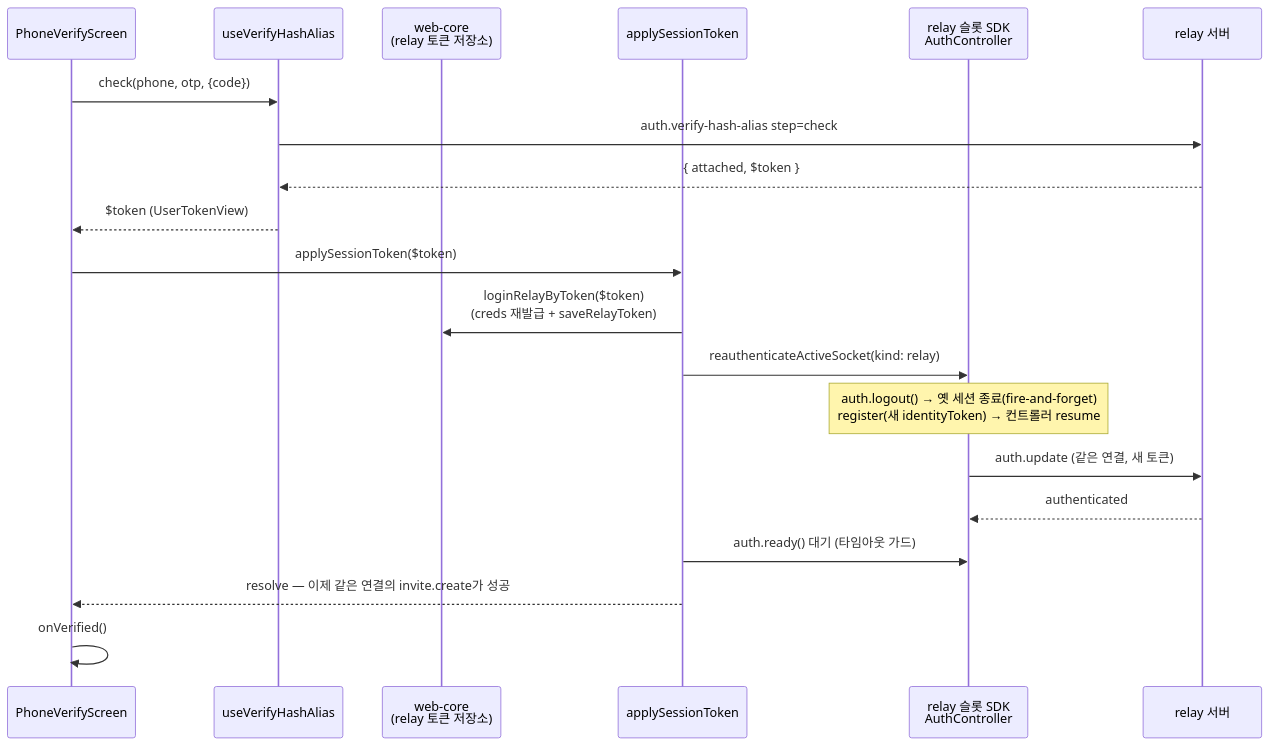
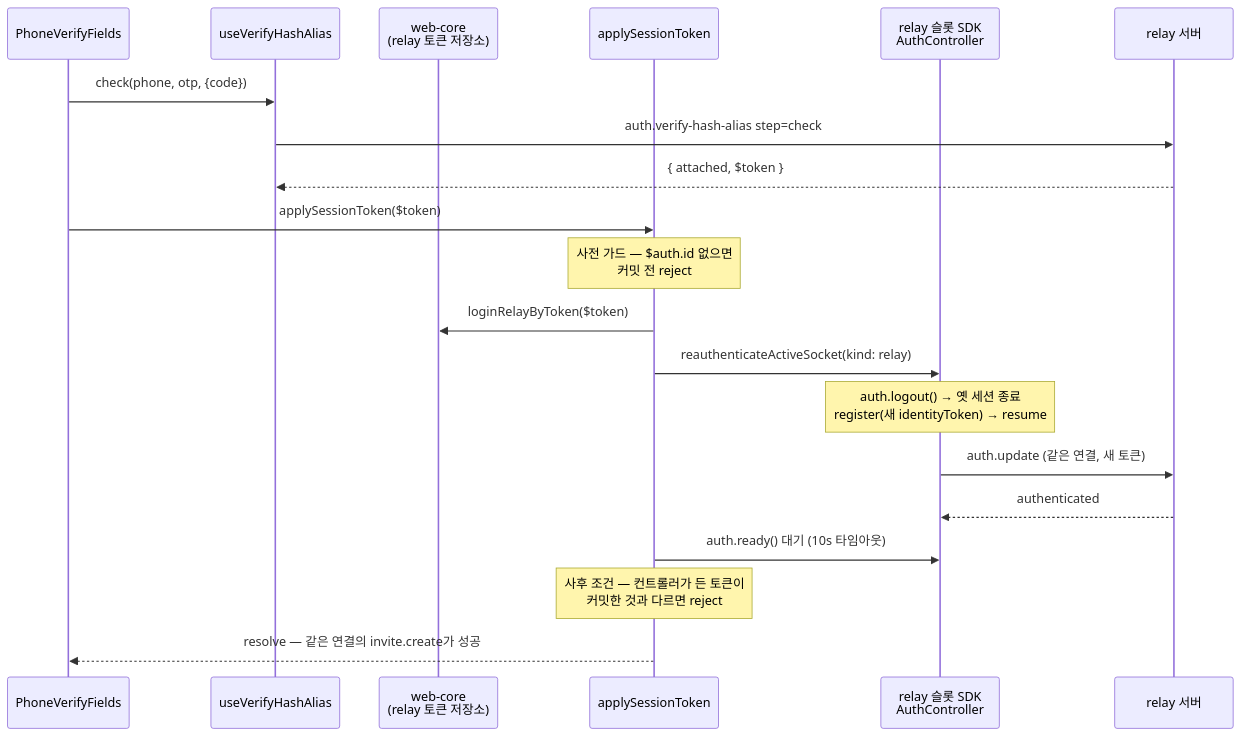
Before and after one commit to lemoncloud-io/dou-app: the third of 3 diagrams in apps/web/docs/feature/auth/phone-verification.md, drawn with Mermaid. The commit also changed other lines of this file and 18 other files, not shown here.

````diff
--- a/apps/web/docs/feature/auth/phone-verification.md
+++ b/apps/web/docs/feature/auth/phone-verification.md
@@ -129,23 +174,23 @@
 ```mermaid
 sequenceDiagram
-    participant UI as PhoneVerifyScreen
+    participant UI as PhoneVerifyFields
     participant H as useVerifyHashAlias
     participant WC as web-core<br/>(relay 토큰 저장소)
     participant AST as applySessionToken
     participant SDK as relay 슬롯 SDK<br/>AuthController
     participant SRV as relay 서버
 
     UI->>H: check(phone, otp, {code})
     H->>SRV: auth.verify-hash-alias step=check
     SRV-->>H: { attached, $token }
-    H-->>UI: $token (UserTokenView)
     UI->>AST: applySessionToken($token)
-    AST->>WC: loginRelayByToken($token)<br/>(creds 재발급 + saveRelayToken)
+    Note over AST: 사전 가드 — $auth.id 없으면<br/>커밋 전 reject
+    AST->>WC: loginRelayByToken($token)
     AST->>SDK: reauthenticateActiveSocket(kind: relay)
-    Note over SDK: auth.logout() → 옛 세션 종료(fire-and-forget)<br/>register(새 identityToken) → 컨트롤러 resume
+    Note over SDK: auth.logout() → 옛 세션 종료<br/>register(새 identityToken) → resume
     SDK->>SRV: auth.update (같은 연결, 새 토큰)
     SRV-->>SDK: authenticated
-    AST->>SDK: auth.ready() 대기 (타임아웃 가드)
-    AST-->>UI: resolve — 이제 같은 연결의 invite.create가 성공
-    UI->>UI: onVerified()
+    AST->>SDK: auth.ready() 대기 (10s 타임아웃)
+    Note over AST: 사후 조건 — 컨트롤러가 든 토큰이<br/>커밋한 것과 다르면 reject
+    AST-->>UI: resolve — 같은 연결의 invite.create가 성공
 ```
````
